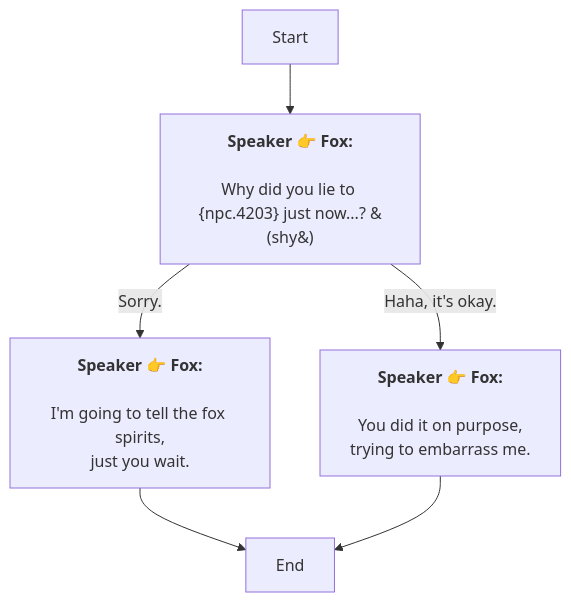
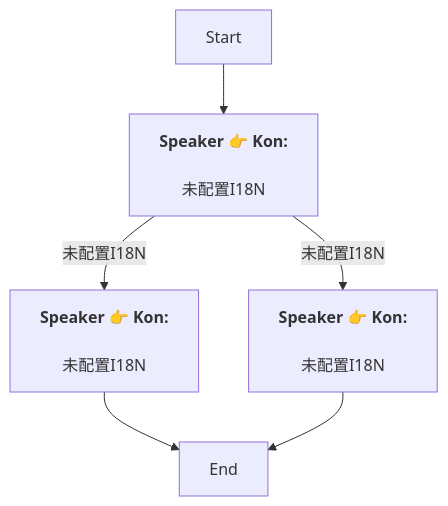
The diagram in En/AddDialogNode_1738388995766433.md (SoftHu/tos_avg), drawn with Mermaid before and after one commit. The commit also changed 730 other files, not shown here.

````diff
--- a/En/AddDialogNode_1738388995766433.md
+++ b/En/AddDialogNode_1738388995766433.md
@@ -1,14 +1,12 @@
 ```mermaid
 graph
-Start -->1738389069333669[<b>Speaker 👉 Fox:</b>
-\nWhy did you lie to &lbrace;npc.4203&rbrace; just now...? &#40;shy&#41;]
-1738389069333669 -->|Haha, it's okay.|1738389128893612[<b>Speaker 👉 Fox:</b>
-\nYou did it on purpose,
-trying to embarrass me.]
-1738389069333669 -->|Sorry.|1738389107006635[<b>Speaker 👉 Fox:</b>
-\nI'm going to tell the fox spirits,
-just you wait.]
+Start -->1738389069333669[<b>Speaker 👉 Kon:</b>
+\n未配置I18N]
+1738389069333669 -->|未配置I18N|1738389128893612[<b>Speaker 👉 Kon:</b>
+\n未配置I18N]
+1738389069333669 -->|未配置I18N|1738389107006635[<b>Speaker 👉 Kon:</b>
+\n未配置I18N]
 1738389107006635 -->1738389147759789[End]
 1738389128893612 -->1738389147759789[End]
 
 ```
````
